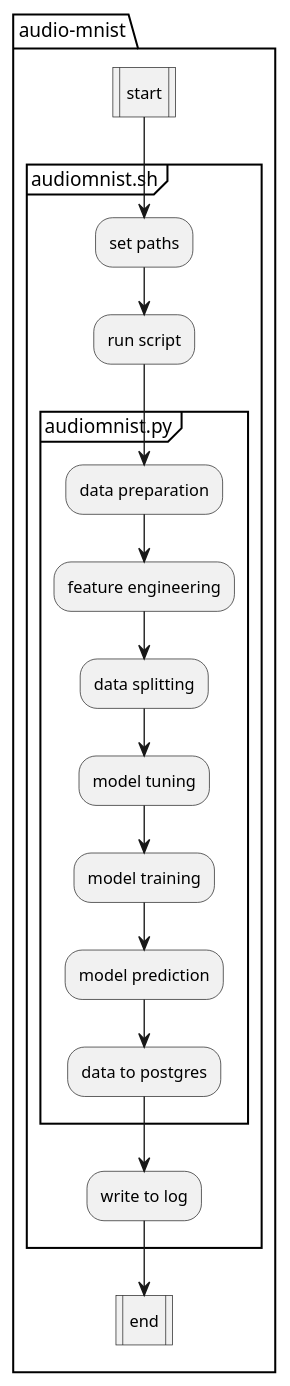
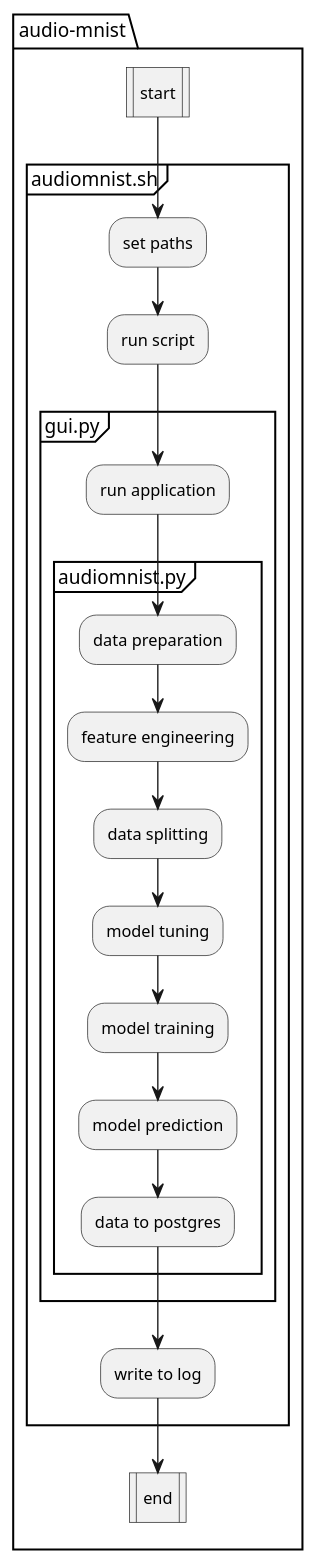
One commit to Aketirani/audio-mnist changed the diagram in flowchart.wsd. Above: the diagram before and after it, drawn with PlantUML. The commit also changed 2 other files, not shown here.

Commit message:
gui added

```diff
--- a/flowchart.wsd
+++ b/flowchart.wsd
@@ -1,21 +1,24 @@
 @startuml Pipeline Flowchart
 |audio_mnist|
 package "audio-mnist" {
     :start|
     partition "audiomnist.sh" {
         :set paths;
         :run script;
-        partition "audiomnist.py" {
-            :data preparation;
-            :feature engineering;
-            :data splitting;
-            :model tuning;
-            :model training;
-            :model prediction;
-            :data to postgres;
+        partition "gui.py" {
+            :run application;
+            partition "audiomnist.py" {
+                :data preparation;
+                :feature engineering;
+                :data splitting;
+                :model tuning;
+                :model training;
+                :model prediction;
+                :data to postgres;
+            }
         }
         :write to log;
     }
     :end|
 }
 @enduml
```
